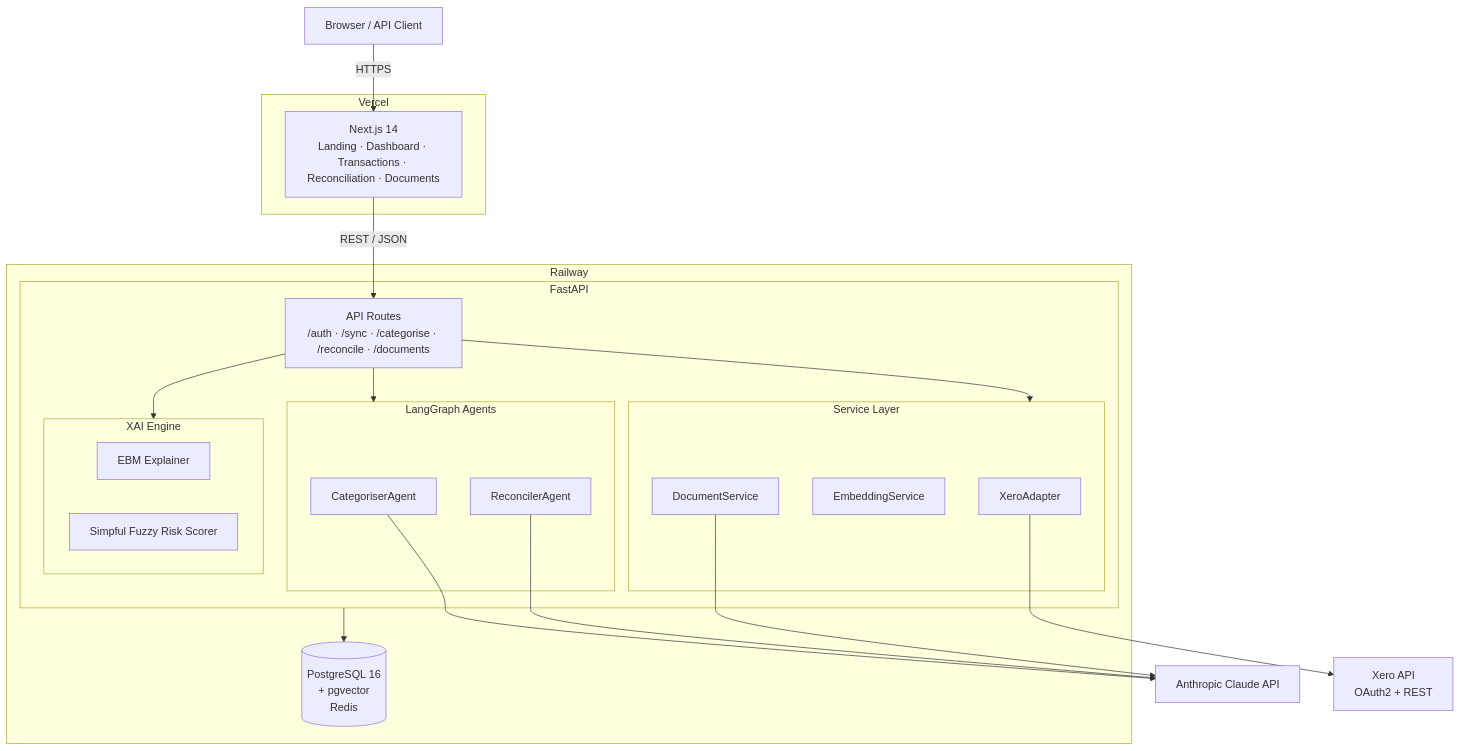
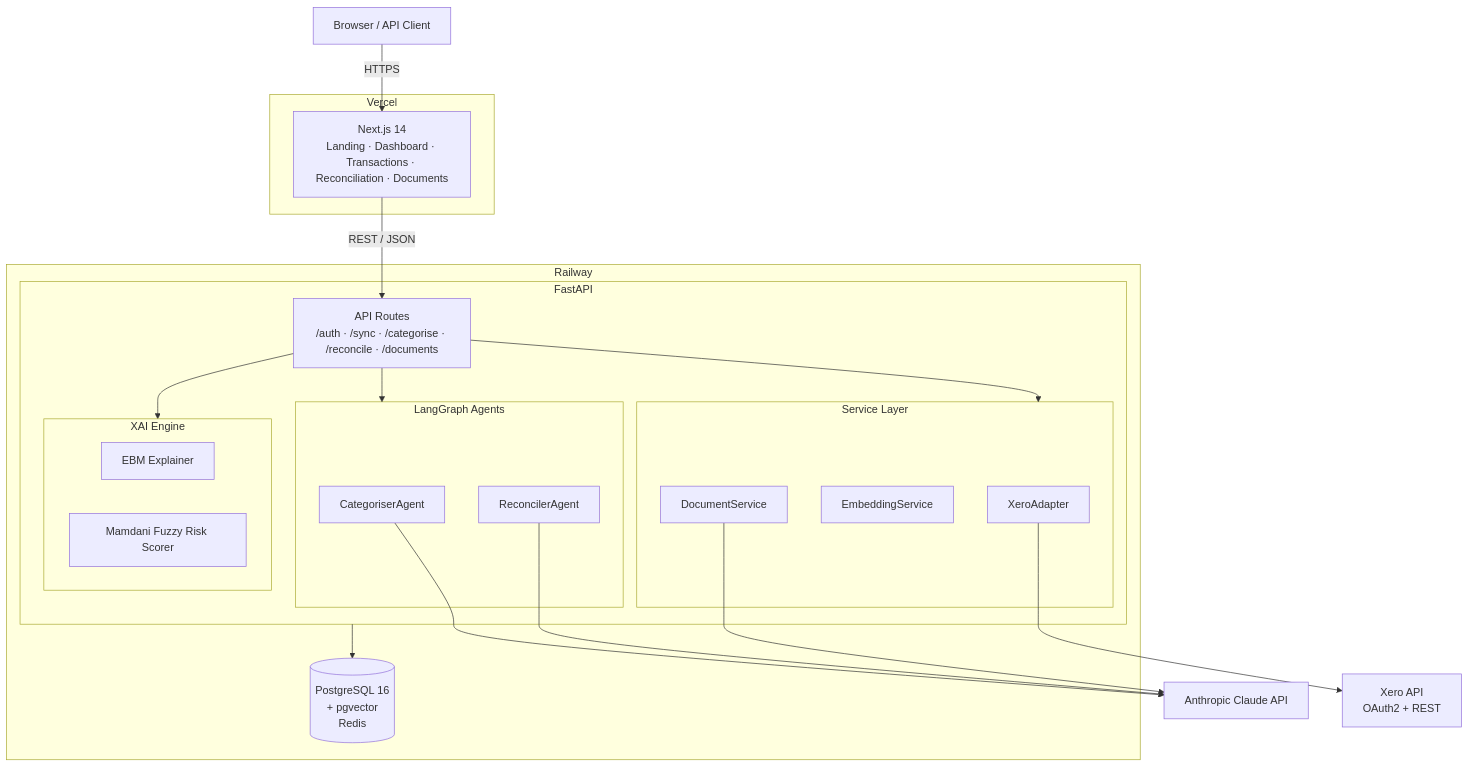
One commit to rajo69/agentic-ai-accounting changed the first of 4 diagrams in README.md. Above: the diagram before and after it, drawn with Mermaid. The commit also changed other lines of this file and 5 other files, not shown here.

````diff
--- a/README.md
+++ b/README.md
@@ -36,46 +38,46 @@
 ```mermaid
 flowchart TD
     Browser["Browser / API Client"]
 
     subgraph Vercel["Vercel"]
         Frontend["Next.js 14\nLanding · Dashboard · Transactions · Reconciliation · Documents"]
     end
 
     subgraph Railway["Railway"]
         subgraph FastAPI["FastAPI"]
             Routes["API Routes\n/auth · /sync · /categorise · /reconcile · /documents"]
 
             subgraph SvcLayer["Service Layer"]
                 XA["XeroAdapter"]
                 ES["EmbeddingService"]
                 DS["DocumentService"]
             end
 
             subgraph AgentLayer["LangGraph Agents"]
                 CA["CategoriserAgent"]
                 RA["ReconcilerAgent"]
             end
 
             subgraph XAILayer["XAI Engine"]
                 EBM["EBM Explainer"]
-                Fuzzy["Simpful Fuzzy Risk Scorer"]
+                Fuzzy["Mamdani Fuzzy Risk Scorer"]
             end
         end
 
         DB[("PostgreSQL 16\n+ pgvector\nRedis")]
     end
 
     Claude["Anthropic Claude API"]
     Xero["Xero API\nOAuth2 + REST"]
 
     Browser -->|HTTPS| Frontend
     Frontend -->|REST / JSON| Routes
     Routes --> SvcLayer
     Routes --> AgentLayer
     Routes --> XAILayer
     FastAPI --> DB
     CA --> Claude
     RA --> Claude
     DS --> Claude
     XA --> Xero
 ```
````
